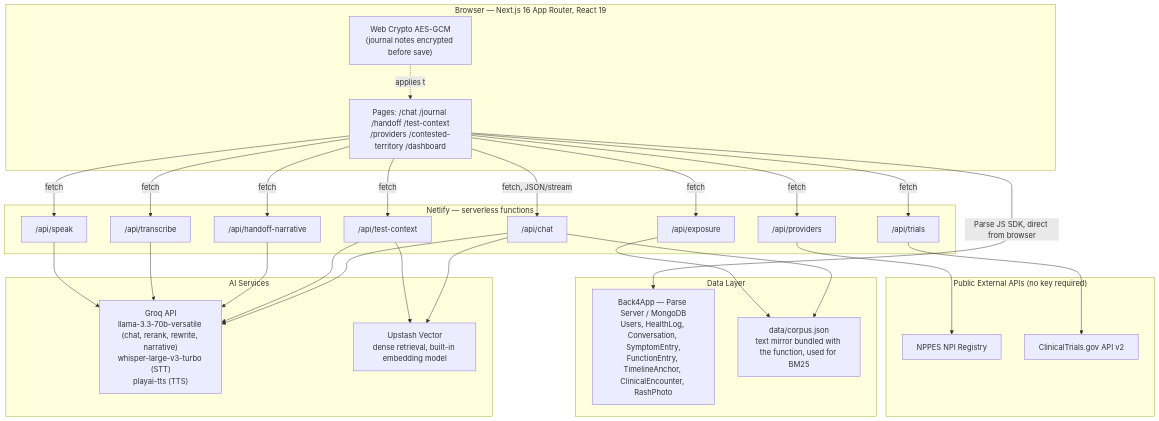
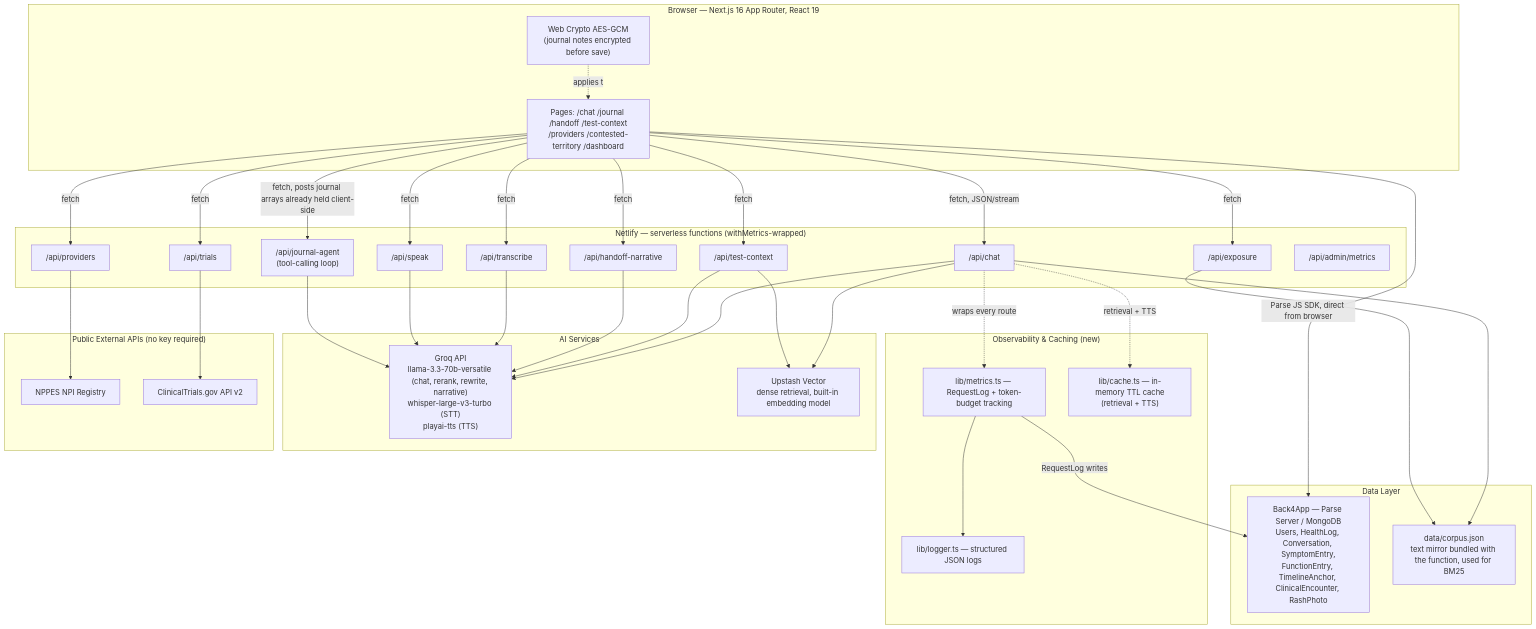
The first of 6 diagrams in design.md (Raj102002/AIHealthcare), drawn with Mermaid before and after one commit. The commit also changed other lines of this file and 36 other files, not shown here.

````diff
--- a/design.md
+++ b/design.md
@@ -12,56 +12,71 @@
 ```mermaid
 graph TB
     subgraph Client["Browser — Next.js 16 App Router, React 19"]
         UI["Pages: /chat /journal /handoff /test-context<br/>/providers /contested-territory /dashboard"]
         Crypto["Web Crypto AES-GCM<br/>(journal notes encrypted before save)"]
     end
 
-    subgraph Netlify["Netlify — serverless functions"]
+    subgraph Netlify["Netlify — serverless functions (withMetrics-wrapped)"]
         ChatAPI["/api/chat"]
         TranscribeAPI["/api/transcribe"]
         SpeakAPI["/api/speak"]
         TestContextAPI["/api/test-context"]
         ExposureAPI["/api/exposure"]
         HandoffAPI["/api/handoff-narrative"]
         ProvidersAPI["/api/providers"]
         TrialsAPI["/api/trials"]
+        JournalAgentAPI["/api/journal-agent<br/>(tool-calling loop)"]
+        MetricsAPI["/api/admin/metrics"]
+    end
+
+    subgraph ObsCache["Observability & Caching (new)"]
+        Logger["lib/logger.ts — structured JSON logs"]
+        Metrics["lib/metrics.ts — RequestLog + token-budget tracking"]
+        Cache["lib/cache.ts — in-memory TTL cache<br/>(retrieval + TTS)"]
     end
 
     subgraph AI["AI Services"]
         Groq["Groq API<br/>llama-3.3-70b-versatile (chat, rerank, rewrite, narrative)<br/>whisper-large-v3-turbo (STT)<br/>playai-tts (TTS)"]
         Upstash["Upstash Vector<br/>dense retrieval, built-in embedding model"]
     end
 
     subgraph Data["Data Layer"]
         Back4App["Back4App — Parse Server / MongoDB<br/>Users, HealthLog, Conversation, SymptomEntry,<br/>FunctionEntry, TimelineAnchor, ClinicalEncounter, RashPhoto"]
         CorpusJSON["data/corpus.json<br/>text mirror bundled with the function, used for BM25"]
     end
 
     subgraph External["Public External APIs (no key required)"]
         NPPES["NPPES NPI Registry"]
         CTGov["ClinicalTrials.gov API v2"]
     end
 
     UI -->|fetch, JSON/stream| ChatAPI
     UI -->|fetch| TranscribeAPI
     UI -->|fetch| SpeakAPI
     UI -->|fetch| TestContextAPI
     UI -->|fetch| ExposureAPI
     UI -->|fetch| HandoffAPI
     UI -->|fetch| ProvidersAPI
     UI -->|fetch| TrialsAPI
     UI -->|Parse JS SDK, direct from browser| Back4App
+    UI -->|fetch, posts journal arrays already held client-side| JournalAgentAPI
     Crypto -.applies to.-> UI
 
     ChatAPI --> Groq
     ChatAPI --> Upstash
     ChatAPI --> CorpusJSON
     TestContextAPI --> Groq
     TestContextAPI --> Upstash
     ExposureAPI --> CorpusJSON
     HandoffAPI --> Groq
     TranscribeAPI --> Groq
     SpeakAPI --> Groq
     ProvidersAPI --> NPPES
     TrialsAPI --> CTGov
+    JournalAgentAPI --> Groq
+
+    ChatAPI -.wraps every route.-> Metrics
+    Metrics --> Logger
+    Metrics -->|RequestLog writes| Back4App
+    ChatAPI -.retrieval + TTS.-> Cache
 ```
````
